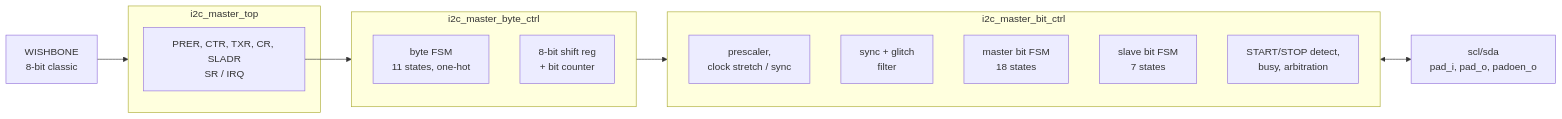
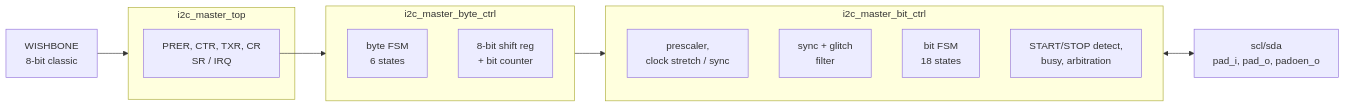
The diagram in docs/reference/overview.md (featherweight-ip/fw-i2c), drawn with Mermaid before and after one commit. The commit also changed other lines of this file and 24 other files, not shown here.

````diff
--- a/docs/reference/overview.md
+++ b/docs/reference/overview.md
@@ -45,21 +45,20 @@
 ```{mermaid}
 flowchart LR
   WB["WISHBONE<br/>8-bit classic"] --> TOP
   subgraph TOP["i2c_master_top"]
-    REGS["PRER, CTR, TXR, CR, SLADR<br/>SR / IRQ"]
+    REGS["PRER, CTR, TXR, CR<br/>SR / IRQ"]
   end
   REGS --> BYTE
   subgraph BYTE["i2c_master_byte_ctrl"]
-    BFSM["byte FSM<br/>11 states, one-hot"]
+    BFSM["byte FSM<br/>6 states"]
     SR8["8-bit shift reg<br/>+ bit counter"]
   end
   BYTE --> BIT
   subgraph BIT["i2c_master_bit_ctrl"]
     CLK["prescaler,<br/>clock stretch / sync"]
     FLT["sync + glitch<br/>filter"]
-    MFSM["master bit FSM<br/>18 states"]
-    SFSM["slave bit FSM<br/>7 states"]
+    MFSM["bit FSM<br/>18 states"]
     DET["START/STOP detect,<br/>busy, arbitration"]
   end
   BIT <--> PADS["scl/sda<br/>pad_i, pad_o, padoen_o"]
 ```
````
